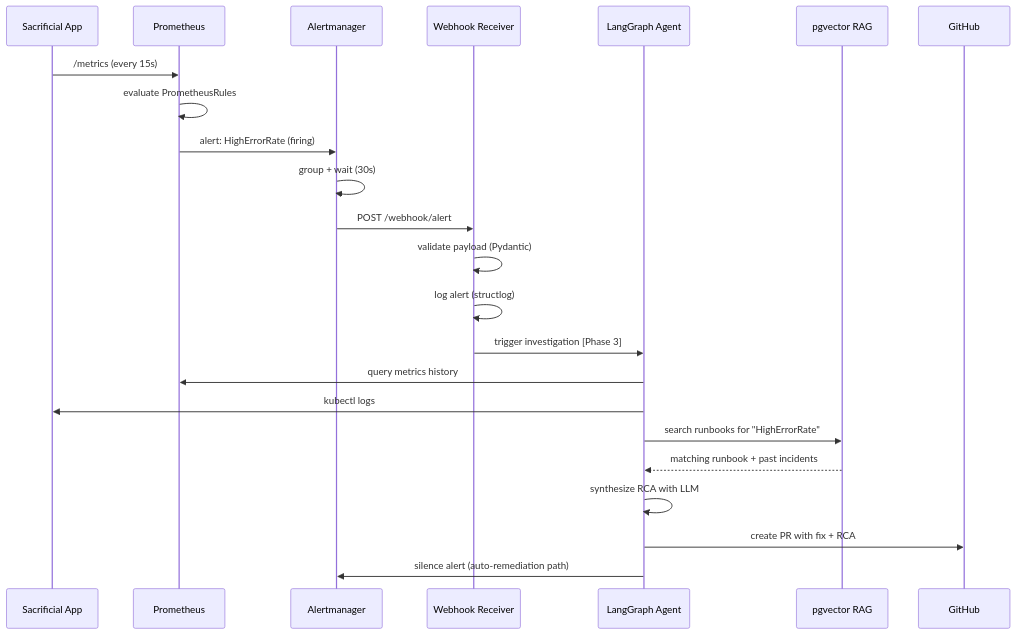
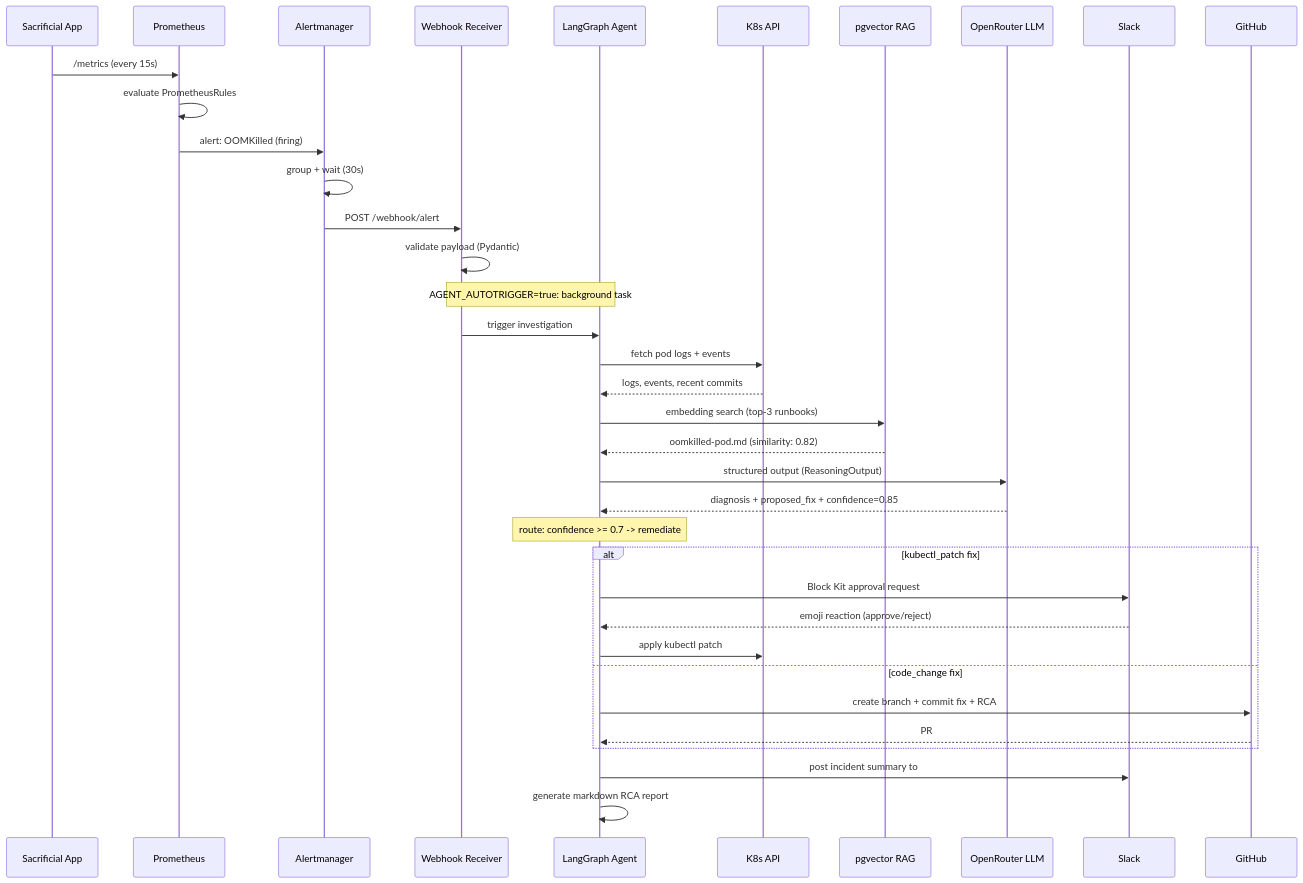
One commit to vivekanjana76/kubesentinel changed the third of 3 diagrams in docs/architecture.md. Above: the diagram before and after it, drawn with Mermaid. The commit also changed other lines of this file and 2 other files, not shown here.

First line of the commit message:
docs: update architecture.md and create PROJECT_HANDOFF.md

````diff
--- a/docs/architecture.md
+++ b/docs/architecture.md
@@ -58,26 +72,44 @@
 ```mermaid
 sequenceDiagram
     participant App as Sacrificial App
     participant Prom as Prometheus
     participant AM as Alertmanager
     participant WH as Webhook Receiver
     participant Agent as LangGraph Agent
+    participant K8s as K8s API
     participant RAG as pgvector RAG
+    participant LLM as OpenRouter LLM
+    participant SL as Slack
     participant GH as GitHub
 
     App->>Prom: /metrics (every 15s)
     Prom->>Prom: evaluate PrometheusRules
-    Prom->>AM: alert: HighErrorRate (firing)
+    Prom->>AM: alert: OOMKilled (firing)
     AM->>AM: group + wait (30s)
     AM->>WH: POST /webhook/alert
     WH->>WH: validate payload (Pydantic)
-    WH->>WH: log alert (structlog)
-    WH->>Agent: trigger investigation [Phase 3]
-    Agent->>Prom: query metrics history
-    Agent->>App: kubectl logs
-    Agent->>RAG: search runbooks for "HighErrorRate"
-    RAG-->>Agent: matching runbook + past incidents
-    Agent->>Agent: synthesize RCA with LLM
-    Agent->>GH: create PR with fix + RCA
-    Agent->>AM: silence alert (auto-remediation path)
+
+    Note over WH,Agent: AGENT_AUTOTRIGGER=true: background task
+
+    WH->>Agent: trigger investigation
+    Agent->>K8s: fetch pod logs + events
+    K8s-->>Agent: logs, events, recent commits
+    Agent->>RAG: embedding search (top-3 runbooks)
+    RAG-->>Agent: oomkilled-pod.md (similarity: 0.82)
+    Agent->>LLM: structured output (ReasoningOutput)
+    LLM-->>Agent: diagnosis + proposed_fix + confidence=0.85
+
+    Note over Agent: route: confidence >= 0.7 -> remediate
+
+    alt kubectl_patch fix
+        Agent->>SL: Block Kit approval request
+        SL-->>Agent: emoji reaction (approve/reject)
+        Agent->>K8s: apply kubectl patch
+    else code_change fix
+        Agent->>GH: create branch + commit fix + RCA
+        GH-->>Agent: PR #N opened
+    end
+
+    Agent->>SL: post incident summary to #incidents
+    Agent->>Agent: generate markdown RCA report
 ```
````
